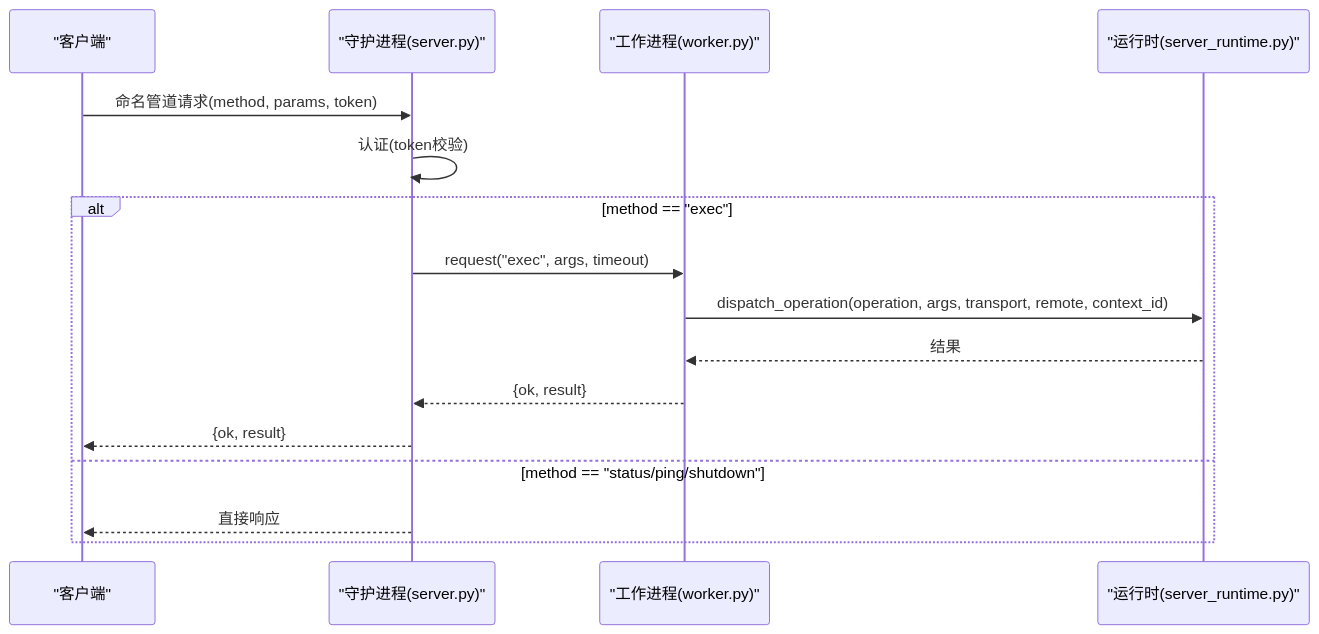
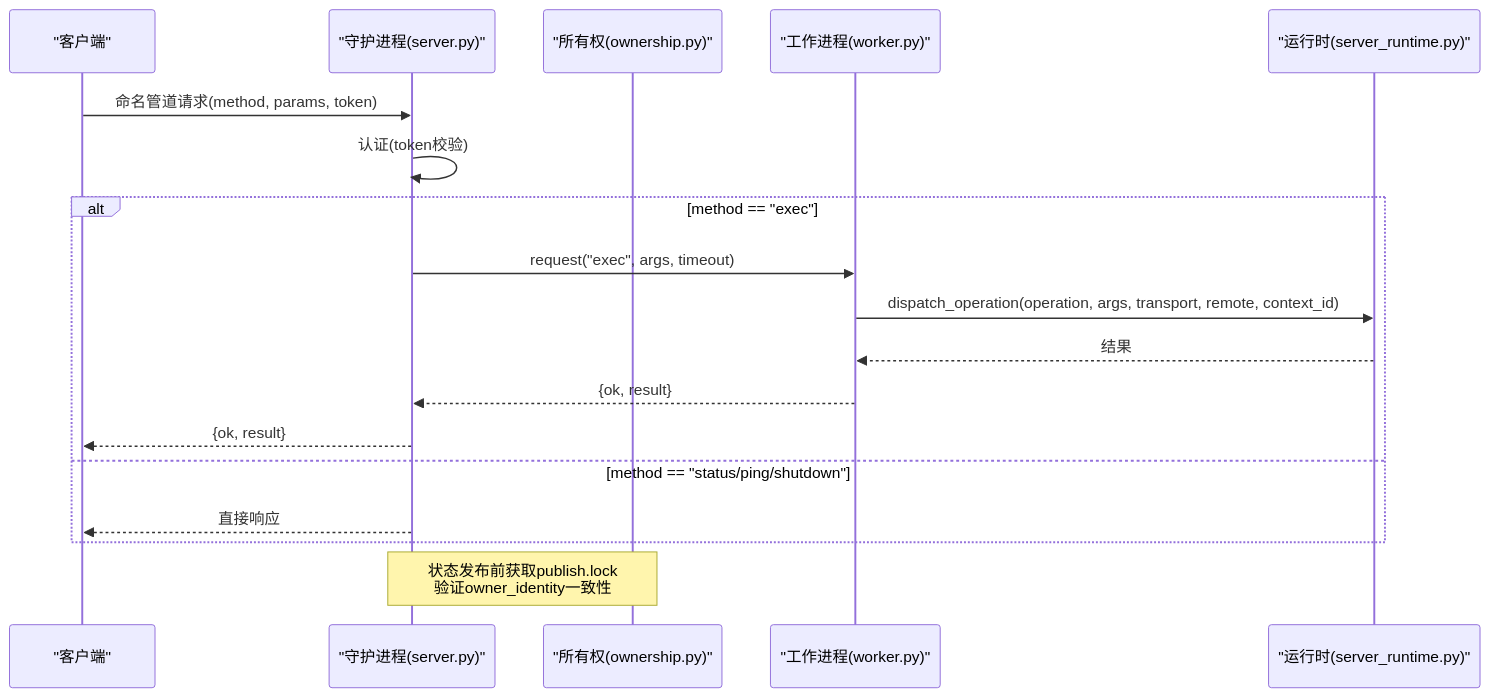
The second of 8 diagrams in .qoder/repowiki/zh/content/架构设计/守护进程通信/守护进程服务器.md (haolange/RDC-Tool), drawn with Mermaid before and after one commit. The commit also changed other lines of this file and 67 other files, not shown here.

````diff
--- a/.qoder/repowiki/zh/content/架构设计/守护进程通信/守护进程服务器.md
+++ b/.qoder/repowiki/zh/content/架构设计/守护进程通信/守护进程服务器.md
@@ -110,18 +127,20 @@
 ```mermaid
 sequenceDiagram
 participant CLI as "客户端"
 participant D as "守护进程(server.py)"
+participant O as "所有权(ownership.py)"
 participant W as "工作进程(worker.py)"
 participant R as "运行时(server_runtime.py)"
 CLI->>D : 命名管道请求(method, params, token)
 D->>D : 认证(token校验)
 alt method == "exec"
 D->>W : request("exec", args, timeout)
 W->>R : dispatch_operation(operation, args, transport, remote, context_id)
 R-->>W : 结果
 W-->>D : {ok, result}
 D-->>CLI : {ok, result}
 else method == "status/ping/shutdown"
 D-->>CLI : 直接响应
 end
+Note over D,O : 状态发布前获取publish.lock<br/>验证owner_identity一致性
 ```
````
